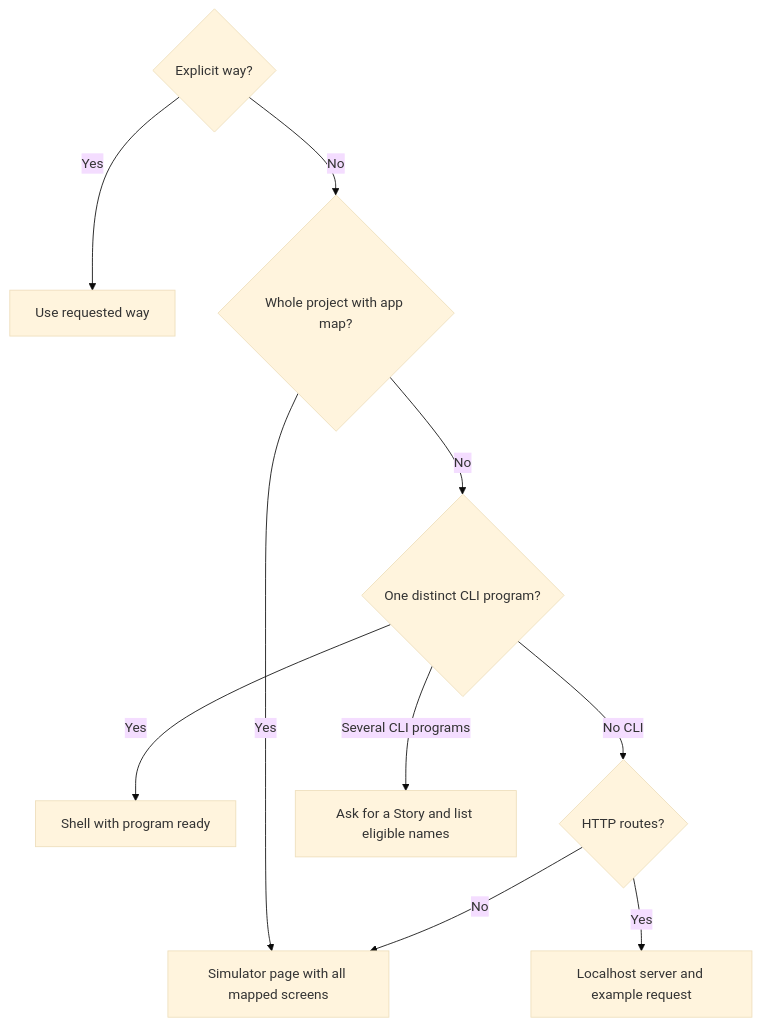
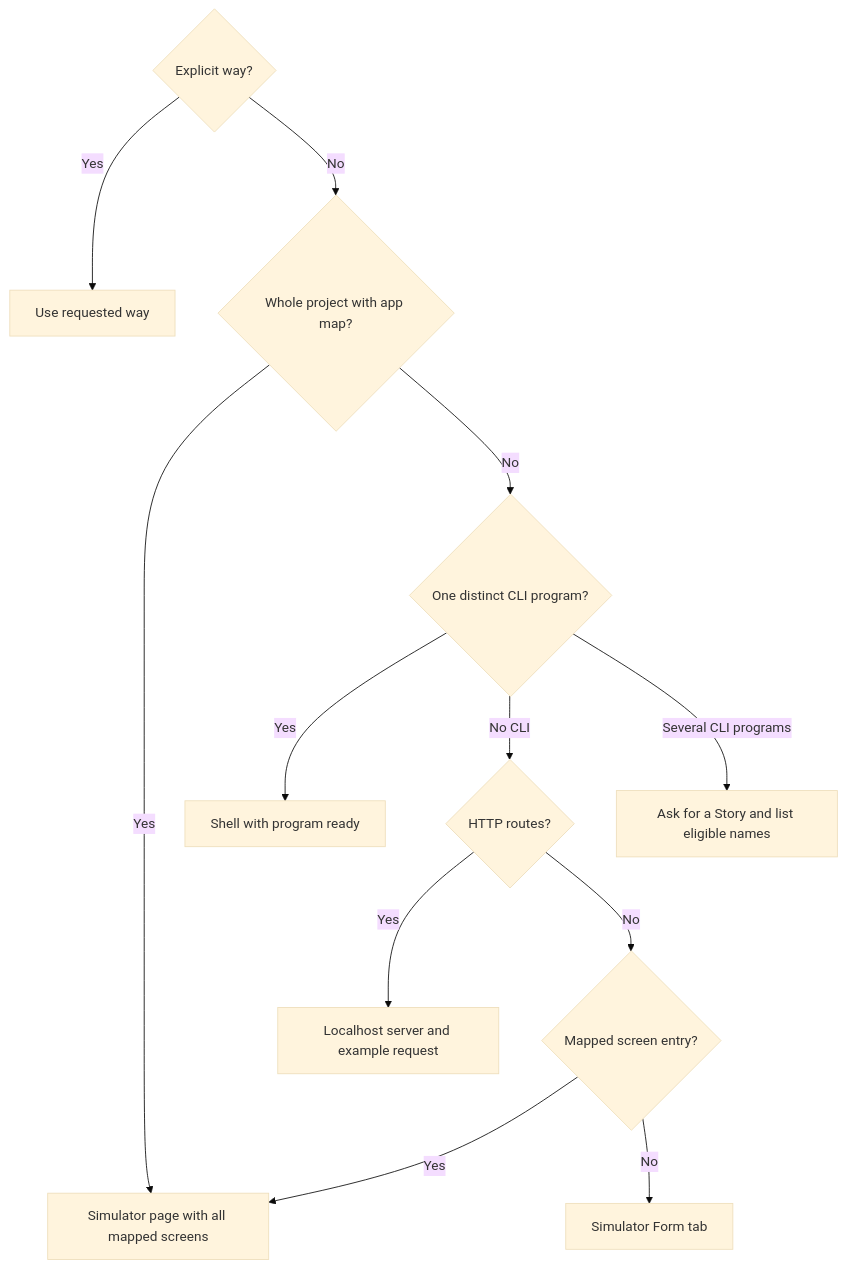
Before and after one commit to promptdriven/pdd: the second of 2 diagrams in prompts/cli/runtime-client.prompt.md, drawn with Mermaid (base theme). The commit also changed other lines of this file and 6 other files, not shown here.

````diff
--- a/prompts/cli/runtime-client.prompt.md
+++ b/prompts/cli/runtime-client.prompt.md
@@ -401,12 +401,14 @@
 ```mermaid
 flowchart TD
     E{Explicit way?} -->|Yes| F[Use requested way]
     E -->|No| P{Whole project with app map?}
     P -->|Yes| B[Simulator page with all mapped screens]
     P -->|No| C{One distinct CLI program?}
     C -->|Yes| S[Shell with program ready]
     C -->|No CLI| H{HTTP routes?}
     C -->|Several CLI programs| R[Ask for a Story and list eligible names]
     H -->|Yes| L[Localhost server and example request]
-    H -->|No| B
+    H -->|No| M{Mapped screen entry?}
+    M -->|Yes| B
+    M -->|No| T[Simulator Form tab]
 ```
````
